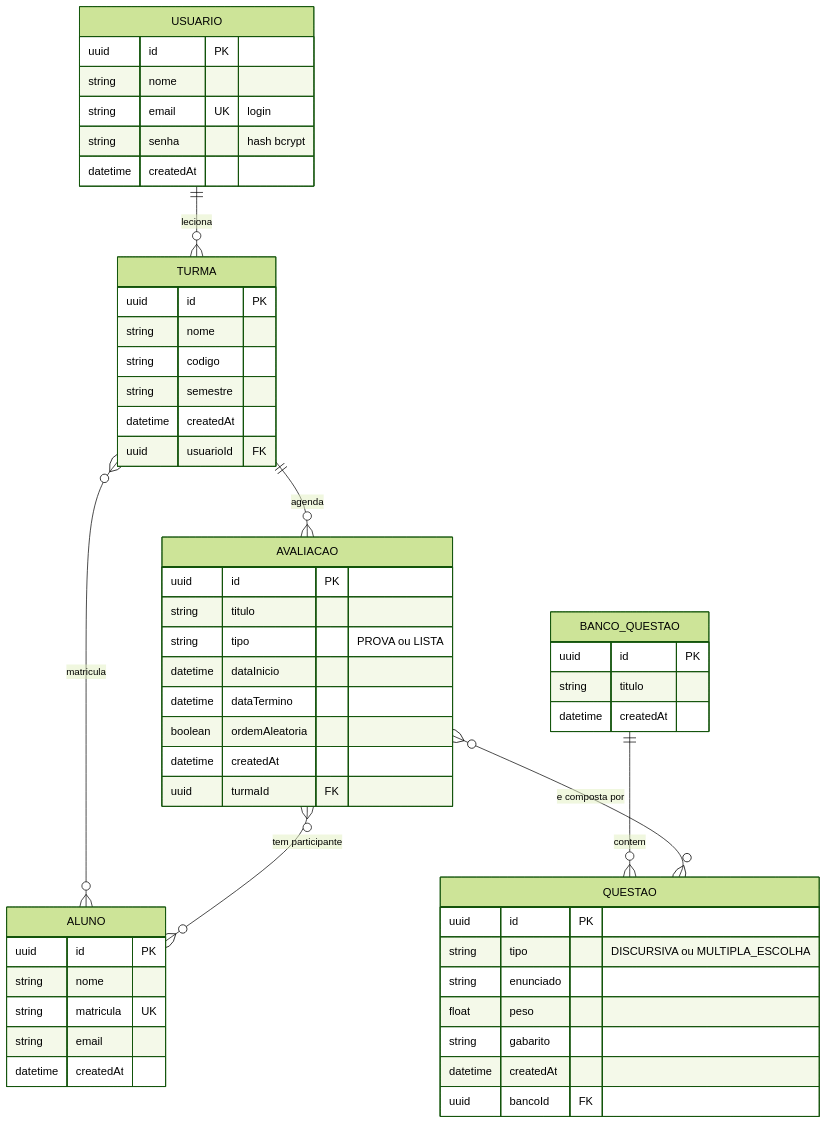
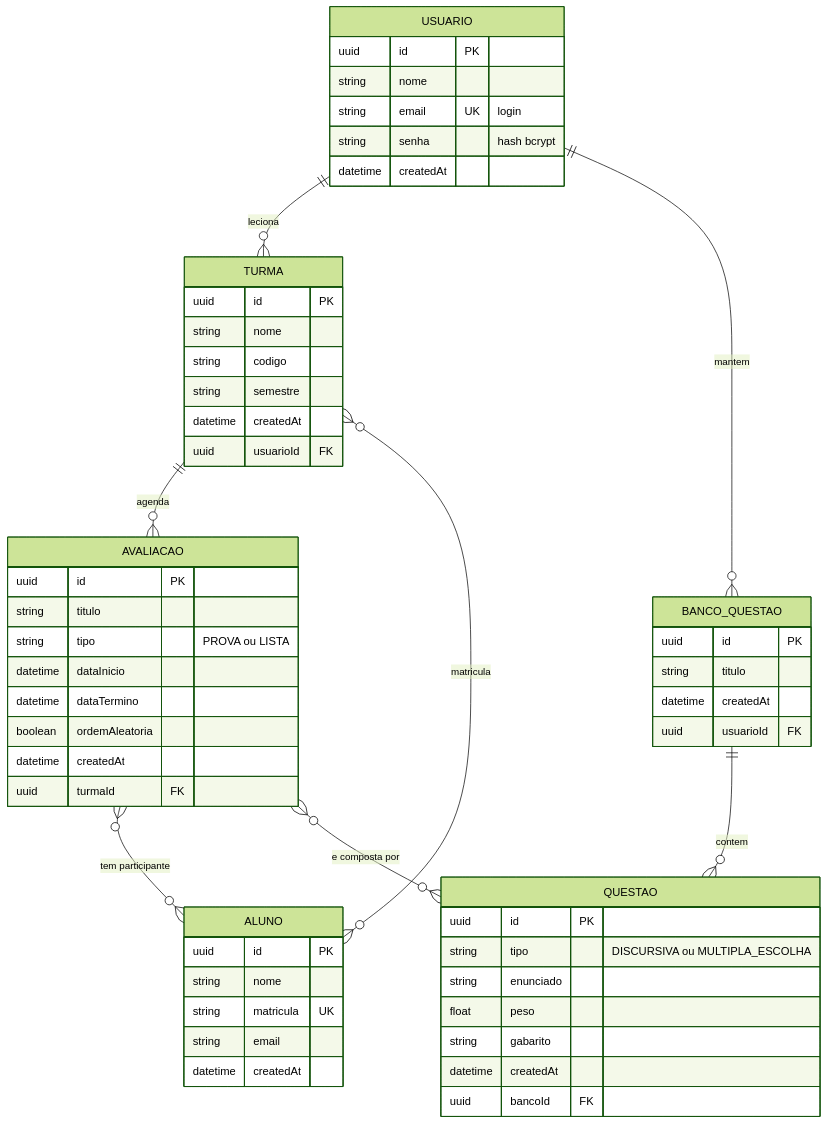
The first of 2 diagrams in docs/MER.md (MateusRufinoFerreira/TRABALHO-FINAL-WEB), drawn with Mermaid (forest theme) before and after one commit. The commit also changed other lines of this file and 8 other files, not shown here.

````diff
--- a/docs/MER.md
+++ b/docs/MER.md
@@ -14,61 +14,63 @@
 ```mermaid
 erDiagram
     USUARIO ||--o{ TURMA : "leciona"
+    USUARIO ||--o{ BANCO_QUESTAO : "mantem"
     TURMA ||--o{ AVALIACAO : "agenda"
     BANCO_QUESTAO ||--o{ QUESTAO : "contem"
     TURMA }o--o{ ALUNO : "matricula"
     AVALIACAO }o--o{ ALUNO : "tem participante"
     AVALIACAO }o--o{ QUESTAO : "e composta por"
 
     USUARIO {
         uuid id PK
         string nome
         string email UK "login"
         string senha "hash bcrypt"
         datetime createdAt
     }
 
     TURMA {
         uuid id PK
         string nome
         string codigo
         string semestre
         datetime createdAt
         uuid usuarioId FK
     }
 
     ALUNO {
         uuid id PK
         string nome
         string matricula UK
         string email
         datetime createdAt
     }
 
     BANCO_QUESTAO {
         uuid id PK
         string titulo
         datetime createdAt
+        uuid usuarioId FK
     }
 
     QUESTAO {
         uuid id PK
         string tipo "DISCURSIVA ou MULTIPLA_ESCOLHA"
         string enunciado
         float peso
         string gabarito
         datetime createdAt
         uuid bancoId FK
     }
 
     AVALIACAO {
         uuid id PK
         string titulo
         string tipo "PROVA ou LISTA"
         datetime dataInicio
         datetime dataTermino
         boolean ordemAleatoria
         datetime createdAt
         uuid turmaId FK
     }
 ```
````
